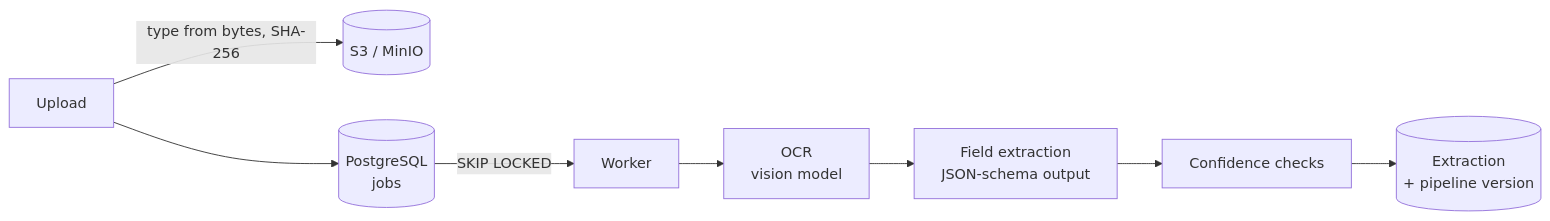
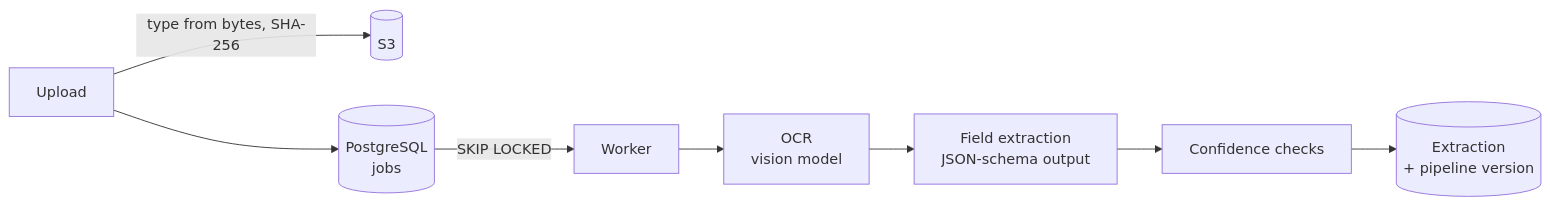
The diagram in README.md (Shivasaireddy007/docflow-ai), drawn with Mermaid before and after one commit. The commit also changed other lines of this file, not shown here.

````diff
--- a/README.md
+++ b/README.md
@@ -30,10 +30,10 @@
 ```mermaid
 flowchart LR
-    U[Upload] -->|"type from bytes, SHA-256"| S[(S3 / MinIO)]
+    U[Upload] -->|"type from bytes, SHA-256"| S[(S3)]
     U --> Q[(PostgreSQL<br/>jobs)]
     Q -->|"SKIP LOCKED"| W[Worker]
     W --> O[OCR<br/>vision model]
     O --> X[Field extraction<br/>JSON-schema output]
     X --> C[Confidence checks]
     C --> R[(Extraction<br/>+ pipeline version)]
 ```
````
